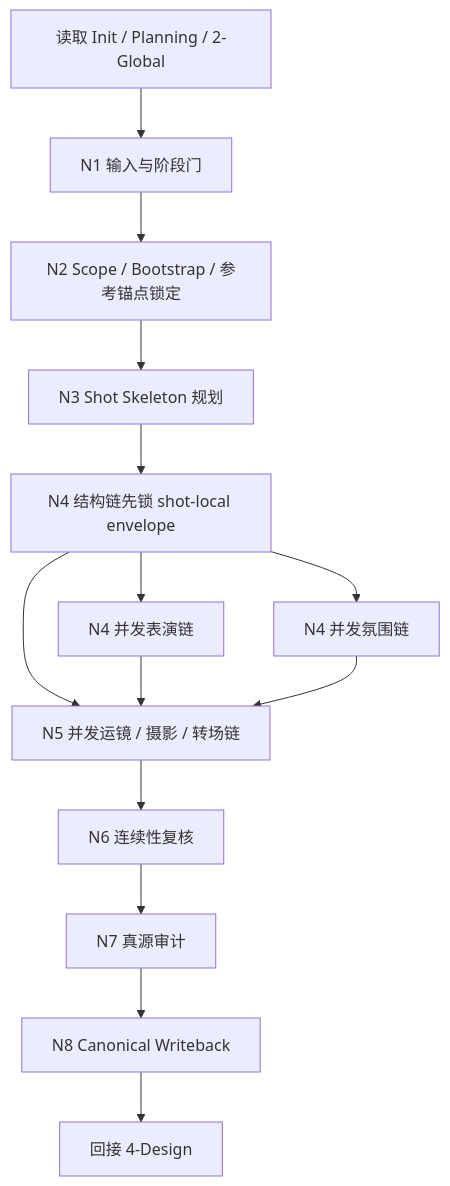
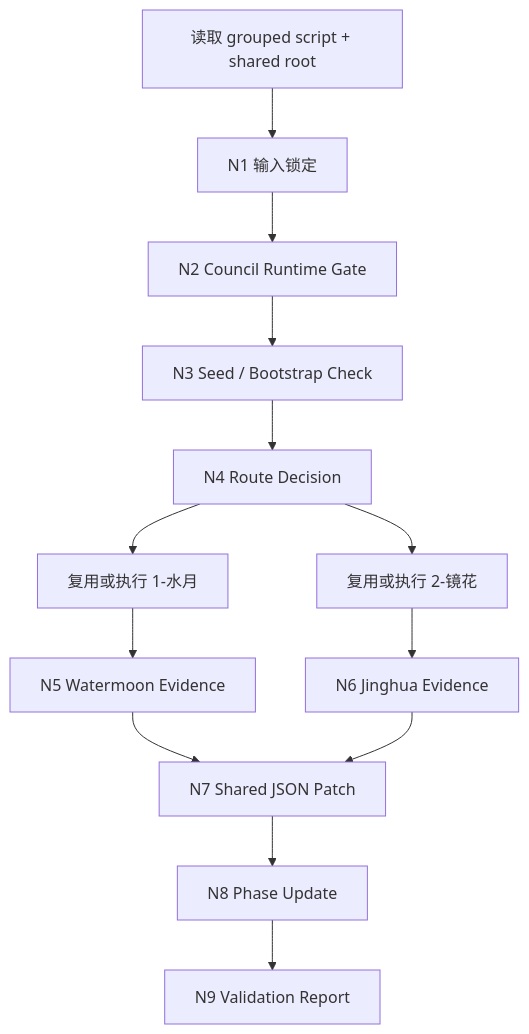
The first of 3 diagrams in .agents/skills/aigc/3-Detail/SKILL.md (ZEN-VOID/AI-CUT), drawn with Mermaid before and after one commit. The commit also changed other lines of this file and 307 other files, not shown here.

````diff
--- a/.agents/skills/aigc/3-Detail/SKILL.md
+++ b/.agents/skills/aigc/3-Detail/SKILL.md
@@ -137,16 +290,15 @@
 ```mermaid
 flowchart TD
-    A["读取 Init / Planning / 2-Global"] --> B["N1 输入与阶段门"]
-    B --> C["N2 Scope / Bootstrap / 参考锚点锁定"]
-    C --> D["N3 Shot Skeleton 规划"]
-    D --> E["N4 结构链先锁 shot-local envelope"]
-    E --> F["N4 并发表演链"]
-    E --> G["N4 并发氛围链"]
-    E --> H["N5 并发运镜 / 摄影 / 转场链"]
-    F --> H
-    G --> H
-    H --> I["N6 连续性复核"]
-    I --> J["N7 真源审计"]
-    J --> K["N8 Canonical Writeback"]
-    K --> L["回接 4-Design"]
+    A["读取 grouped script + shared root"] --> B["N1 输入锁定"]
+    B --> C["N2 Council Runtime Gate"]
+    C --> D["N3 Seed / Bootstrap Check"]
+    D --> E["N4 Route Decision"]
+    E --> F["复用或执行 1-水月"]
+    E --> G["复用或执行 2-镜花"]
+    F --> H["N5 Watermoon Evidence"]
+    G --> I["N6 Jinghua Evidence"]
+    H --> J["N7 Shared JSON Patch"]
+    I --> J
+    J --> K["N8 Phase Update"]
+    K --> L["N9 Validation Report"]
 ```
````
